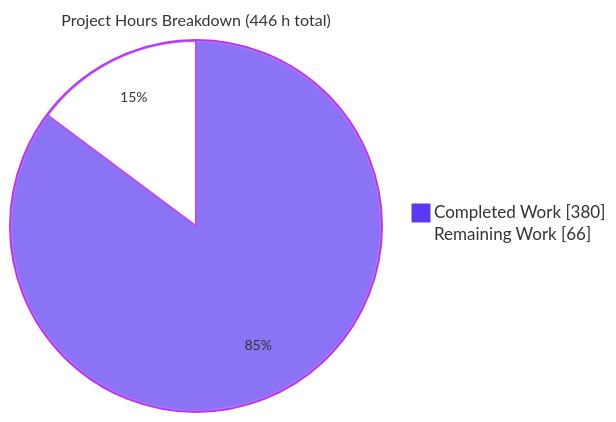
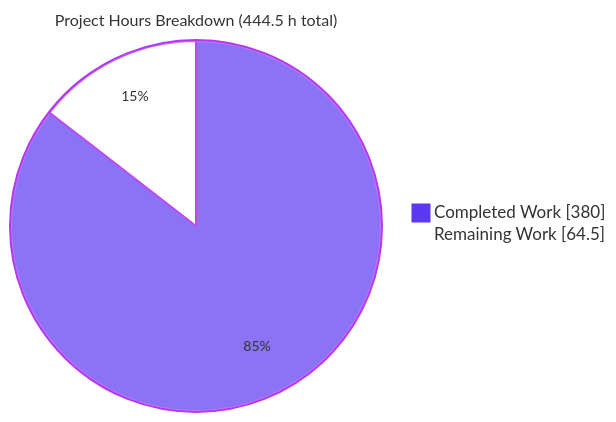
Before and after one commit to blitzy-public-samples/freeswitch: the second of 4 diagrams in blitzy/documentation/Project Guide.md, drawn with Mermaid. The commit also changed other lines of this file and 11 other files, not shown here.

````diff
--- a/blitzy/documentation/Project Guide.md
+++ b/blitzy/documentation/Project Guide.md
@@ -401,6 +417,6 @@
 ```mermaid
 %%{init: {"theme":"base","themeVariables":{"pie1":"#5B39F3","pie2":"#FFFFFF","pieStrokeColor":"#B23AF2","pieStrokeWidth":"2px","pieOuterStrokeColor":"#B23AF2","pieTitleTextSize":"16px","pieSectionTextSize":"14px"}}}%%
-pie showData title Project Hours Breakdown (446 h total)
+pie showData title Project Hours Breakdown (444.5 h total)
     "Completed Work" : 380
-    "Remaining Work" : 66
+    "Remaining Work" : 64.5
 ```
````
